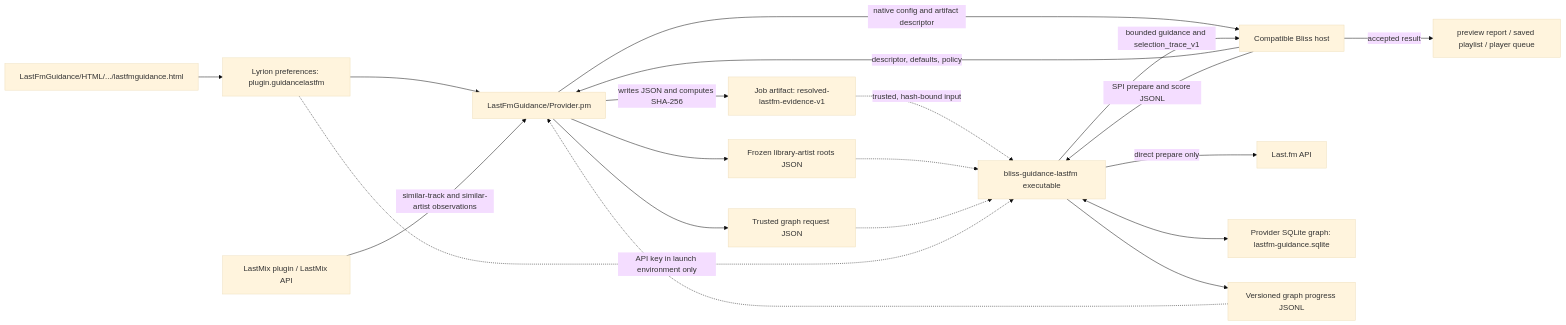
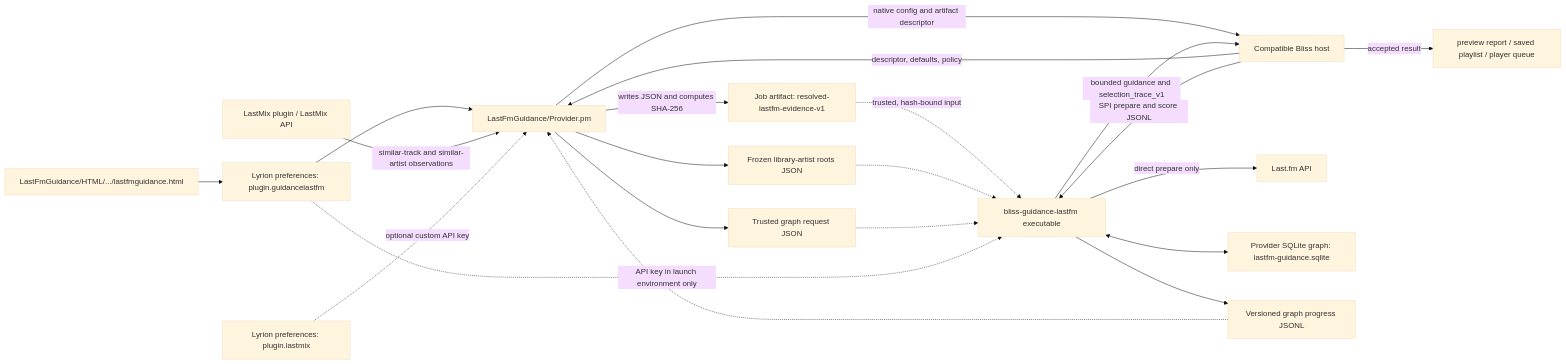
Before and after one commit to chrober/lms-guidance-lastfm: the first of 3 diagrams in README.md, drawn with Mermaid (base theme). The commit also changed other lines of this file and 8 other files, not shown here.

Commit message:
Release Last.fm guidance 0.3.3 with shared LastMix key

````diff
--- a/README.md
+++ b/README.md
@@ -44,22 +50,23 @@
 ```mermaid
 flowchart LR
     Settings["LastFmGuidance/HTML/.../lastfmguidance.html"] --> Prefs["Lyrion preferences: plugin.guidancelastfm"]
     Prefs --> Perl["LastFmGuidance/Provider.pm"]
     Host["Compatible Bliss host"] -->|descriptor, defaults, policy| Perl
     LastMix["LastMix plugin / LastMix API"] -->|similar-track and similar-artist observations| Perl
+    LastMixPrefs["Lyrion preferences: plugin.lastmix"] -.->|optional custom API key| Perl
     Perl -->|writes JSON and computes SHA-256| Artifact["Job artifact: resolved-lastfm-evidence-v1"]
     Perl -->|native config and artifact descriptor| Host
     Host -->|SPI prepare and score JSONL| Native["bliss-guidance-lastfm executable"]
     Artifact -.->|trusted, hash-bound input| Native
     Native -->|direct prepare only| LastFm["Last.fm API"]
     Native <--> Graph["Provider SQLite graph: lastfm-guidance.sqlite"]
     Perl --> Roots["Frozen library-artist roots JSON"]
     Perl --> Request["Trusted graph request JSON"]
     Roots -.-> Native
     Request -.-> Native
     Native --> Progress["Versioned graph progress JSONL"]
     Progress -.-> Perl
     Native -->|bounded guidance and selection_trace_v1| Host
     Host -->|accepted result| Sinks["preview report / saved playlist / player queue"]
     Prefs -.->|API key in launch environment only| Native
 ```
````
